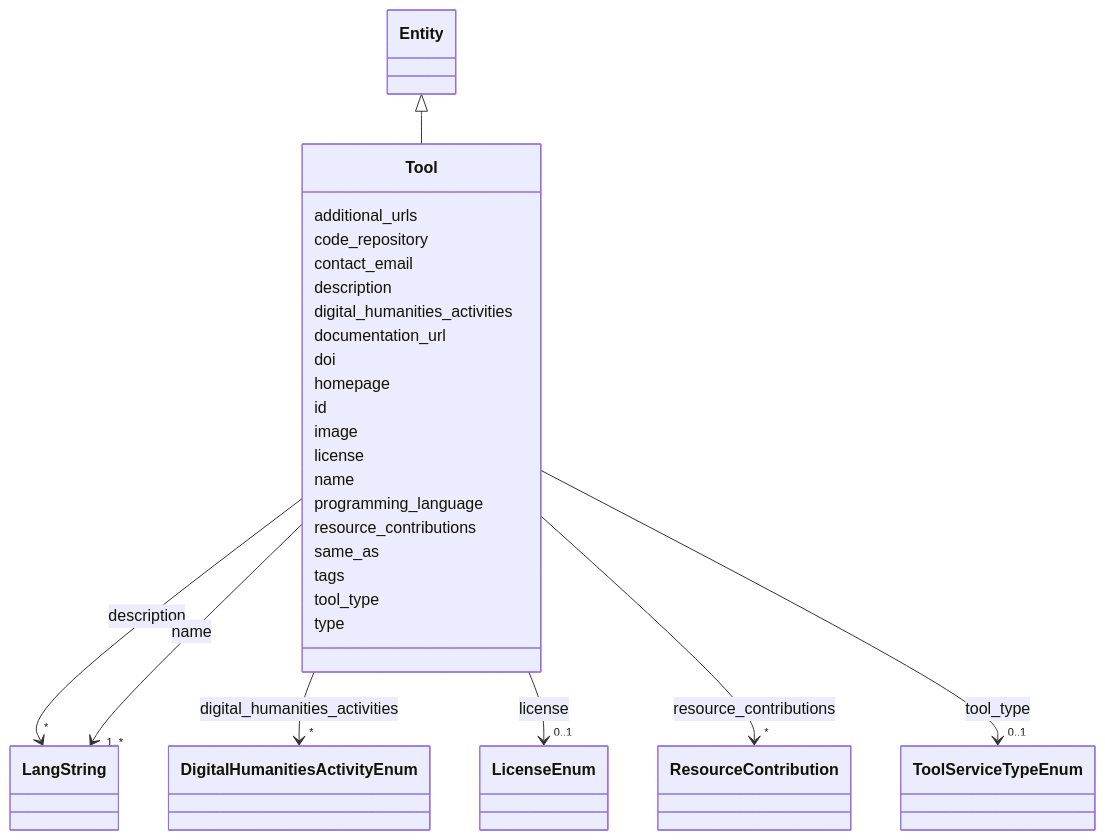
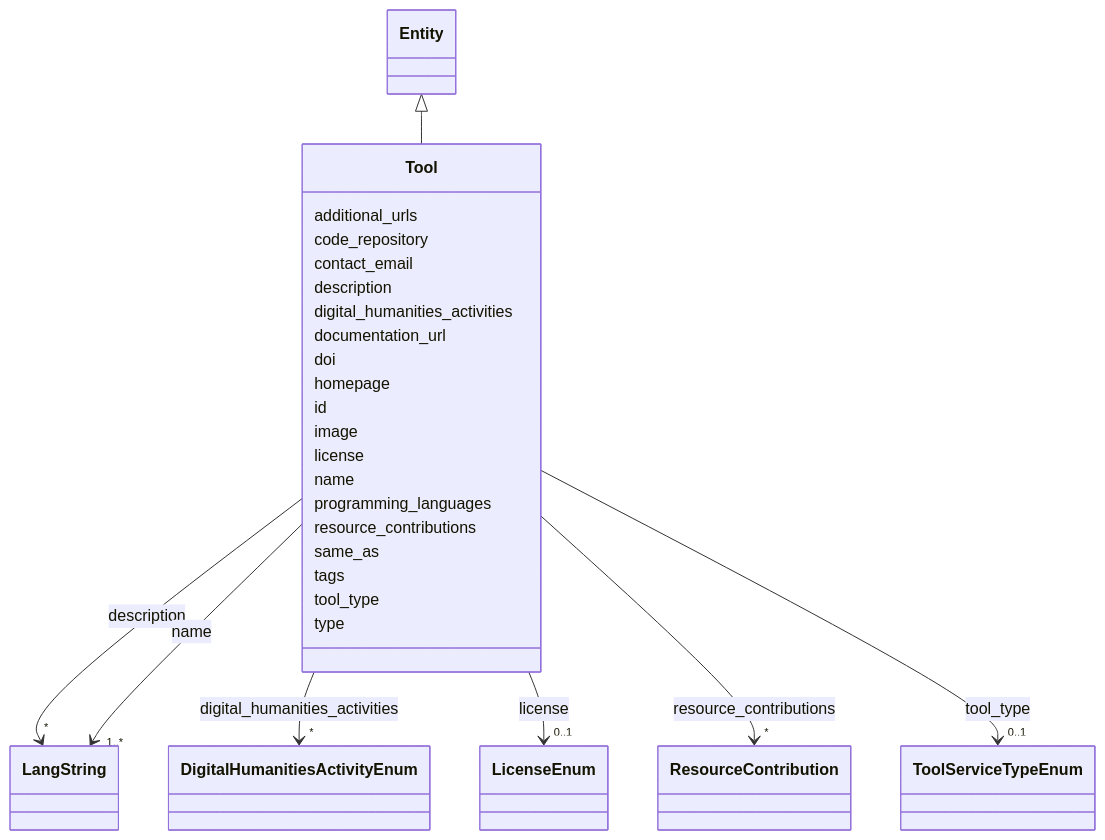
The diagram in docs/classes/Tool.md (DARIAH-IL/idhi-manifests), drawn with Mermaid before and after one commit. The commit also changed other lines of this file and 7 other files, not shown here.

Commit message:
Programming languages in plural

```diff
--- a/docs/classes/Tool.md
+++ b/docs/classes/Tool.md
@@ -96,7 +96,7 @@
     
 
         
-      Tool : programming_language
+      Tool : programming_languages
         
       Tool : resource_contributions
         
```
